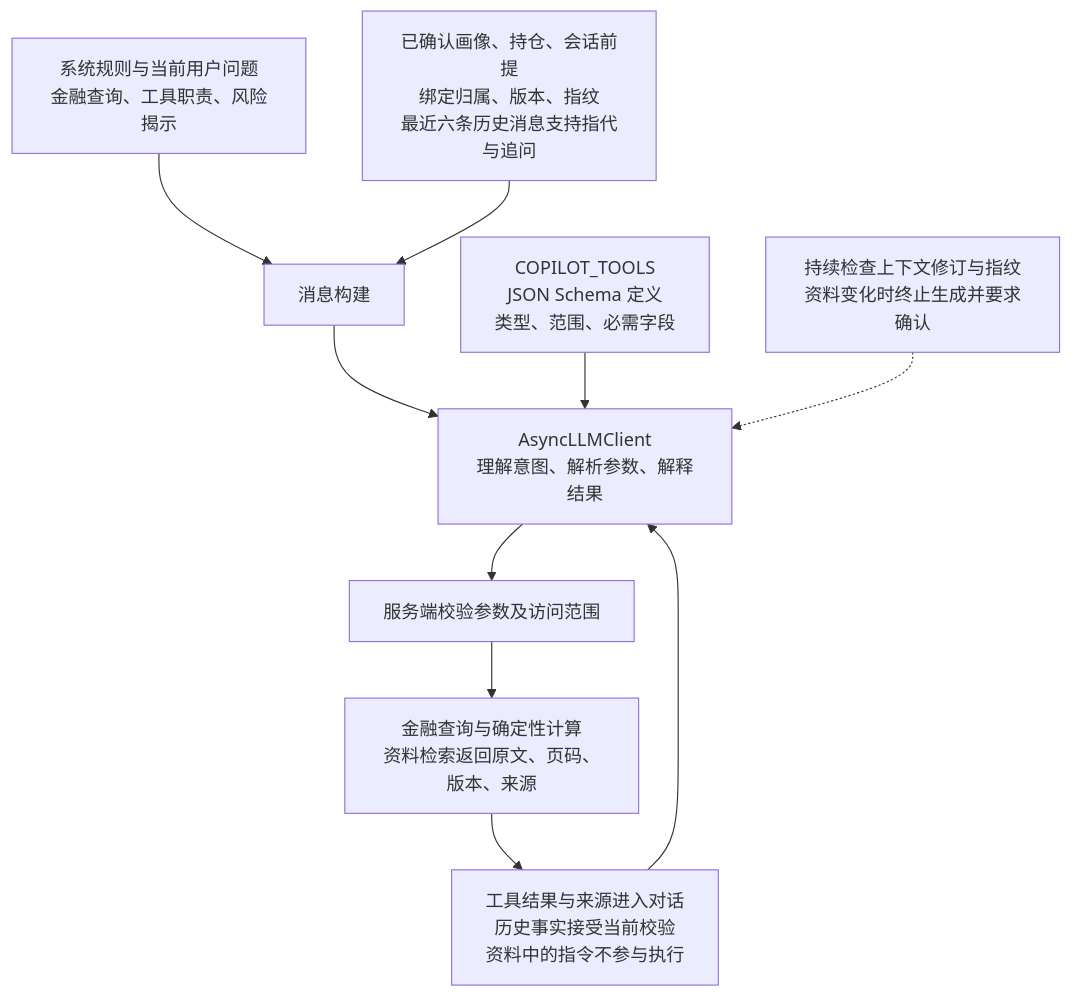
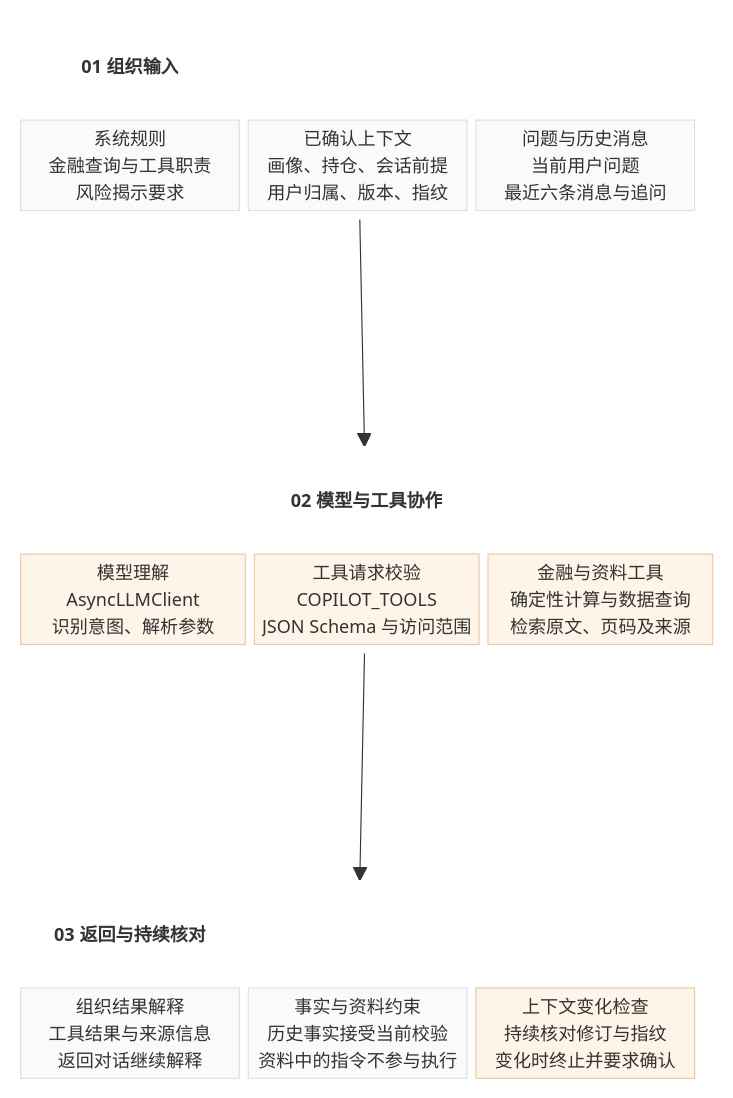
One commit to 1917173927/prism changed the diagram in docs/submission/figures/s2c/prompt-composition.mmd. Above: the diagram before and after it, drawn with Mermaid. The commit also changed 50 other files, not shown here.

Commit message:
docs: 按参考图重绘 S2C 分区卡片图示

```diff
--- a/docs/submission/figures/s2c/prompt-composition.mmd
+++ b/docs/submission/figures/s2c/prompt-composition.mmd
@@ -1,10 +1,37 @@
-flowchart TB
-    RULE["系统规则与当前用户问题<br/>金融查询、工具职责、风险揭示"] --> MSG["消息构建"]
-    CTX["已确认画像、持仓、会话前提<br/>绑定归属、版本、指纹<br/>最近六条历史消息支持指代与追问"] --> MSG
-    MSG --> LLM["AsyncLLMClient<br/>理解意图、解析参数、解释结果"]
-    SCHEMA["COPILOT_TOOLS<br/>JSON Schema 定义<br/>类型、范围、必需字段"] --> LLM
-    LLM --> VALID["服务端校验参数及访问范围"]
-    VALID --> TOOL["金融查询与确定性计算<br/>资料检索返回原文、页码、版本、来源"]
-    TOOL --> RESULT["工具结果与来源进入对话<br/>历史事实接受当前校验<br/>资料中的指令不参与执行"]
-    RESULT --> LLM
-    CHECK["持续检查上下文修订与指纹<br/>资料变化时终止生成并要求确认"] -.-> LLM
+block-beta
+  columns 1
+  block:input
+    columns 3
+    H1["01 组织输入"]:3
+    A["系统规则<br/>金融查询与工具职责<br/>风险揭示要求"]
+    B["已确认上下文<br/>画像、持仓、会话前提<br/>用户归属、版本、指纹"]
+    C["问题与历史消息<br/>当前用户问题<br/>最近六条消息与追问"]
+  end
+  space
+  block:process
+    columns 3
+    H2["02 模型与工具协作"]:3
+    D["模型理解<br/>AsyncLLMClient<br/>识别意图、解析参数"]
+    E["工具请求校验<br/>COPILOT_TOOLS<br/>JSON Schema 与访问范围"]
+    F["金融与资料工具<br/>确定性计算与数据查询<br/>检索原文、页码及来源"]
+  end
+  space
+  block:output
+    columns 3
+    H3["03 返回与持续核对"]:3
+    G["组织结果解释<br/>工具结果与来源信息<br/>返回对话继续解释"]
+    I["事实与资料约束<br/>历史事实接受当前校验<br/>资料中的指令不参与执行"]
+    J["上下文变化检查<br/>持续核对修订与指纹<br/>变化时终止并要求确认"]
+  end
+  input --> process
+  process --> output
+  classDef section fill:#ffffff,stroke:none,color:#202124,font-weight:bold;
+  classDef neutral fill:#fafafa,stroke:#dedfe2,color:#202124;
+  classDef accent fill:#fff4e8,stroke:#f1c89e,color:#202124;
+  class H1,H2,H3 section
+  class input,process,output container
+  class A,B,C,G,I neutral
+  class D,E,F,J accent
+  style input fill:#ffffff,stroke:none
+  style process fill:#ffffff,stroke:none
+  style output fill:#ffffff,stroke:none
```
